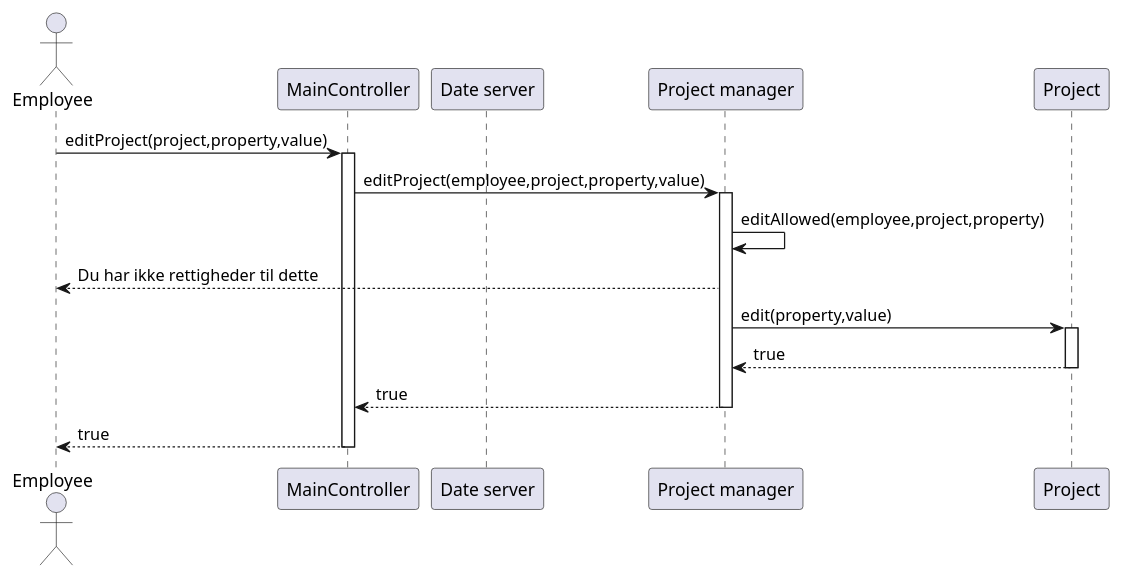
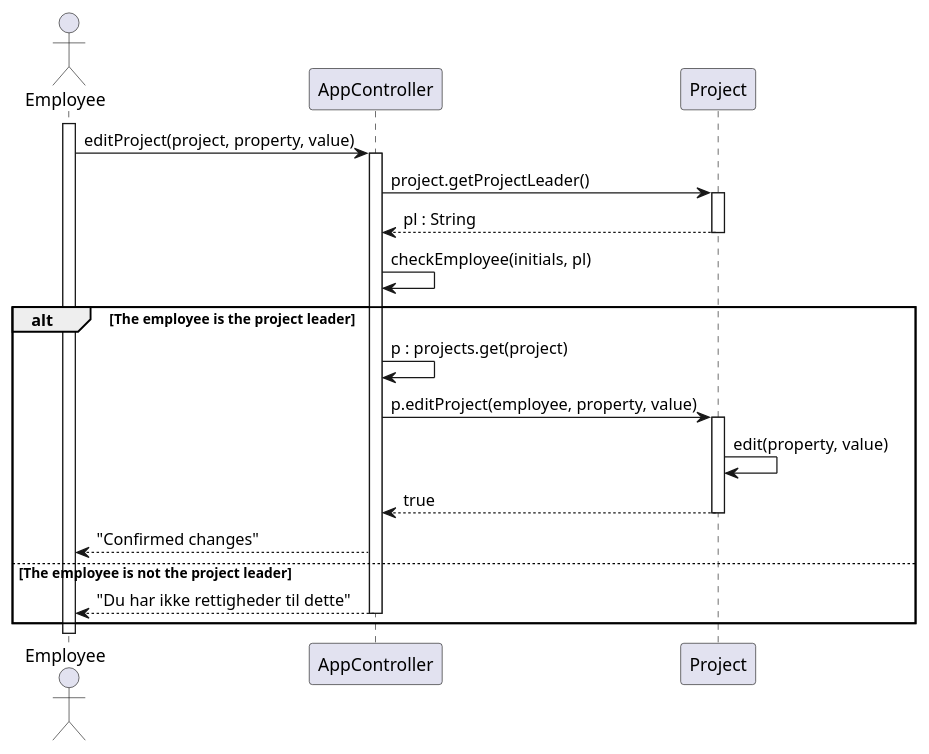
Before and after one commit to rwiuff/02161ExamProject: the diagram in RequirementsAndDesign/SequenceDiagrams/seq_project_edit.puml, drawn with PlantUML. The commit also changed 38 other files, not shown here.

Commit message:
Cleanup in graphics

```diff
--- a/RequirementsAndDesign/SequenceDiagrams/seq_project_edit.puml
+++ b/RequirementsAndDesign/SequenceDiagrams/seq_project_edit.puml
@@ -1,27 +1,25 @@
-@startuml
+@startuml seq_project_edit
 actor "Employee" as e
-participant "MainController" as app
-participant "Date server" as ds
-participant "Project manager" as pm
+participant "AppController" as app
 participant "Project" as p
-
-e -> app : editProject(project,property,value)
+activate e
+e -> app : editProject(project, property, value)
 activate app
-
-
-app -> pm : editProject(employee,project,property,value)
-activate pm 
-
-pm -> pm : editAllowed(employee,project,property)
-pm --> e : Du har ikke rettigheder til dette
-
-pm -> p : edit(property,value)
-activate p 
-return true
-
-return true
-
-return true
-
-
+app -> p : project.getProjectLeader()
+activate p
+p --> app : pl : String
+deactivate p
+app -> app : checkEmployee(initials, pl)
+alt The employee is the project leader
+app -> app : p : projects.get(project)
+app -> p : p.editProject(employee, property, value)
+activate p
+p -> p : edit(property, value)
+p --> app : true
+deactivate p
+app --> e : "Confirmed changes"
+else The employee is not the project leader
+app --> e : "Du har ikke rettigheder til dette"
+deactivate app
+end
 @enduml
```
